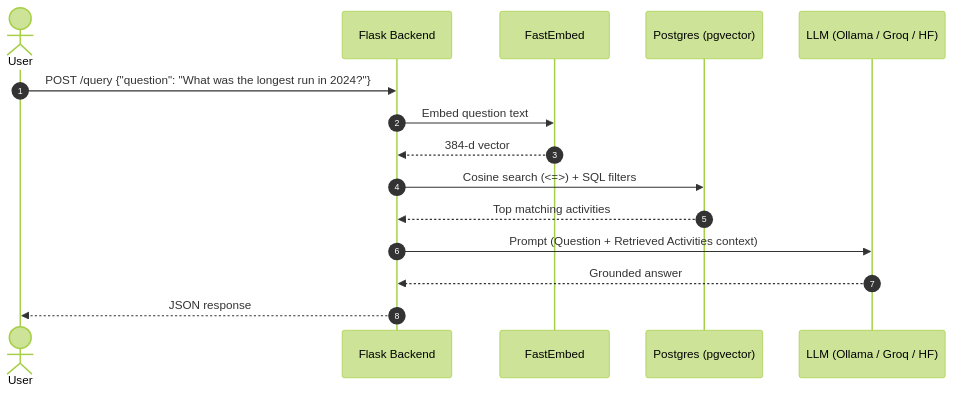
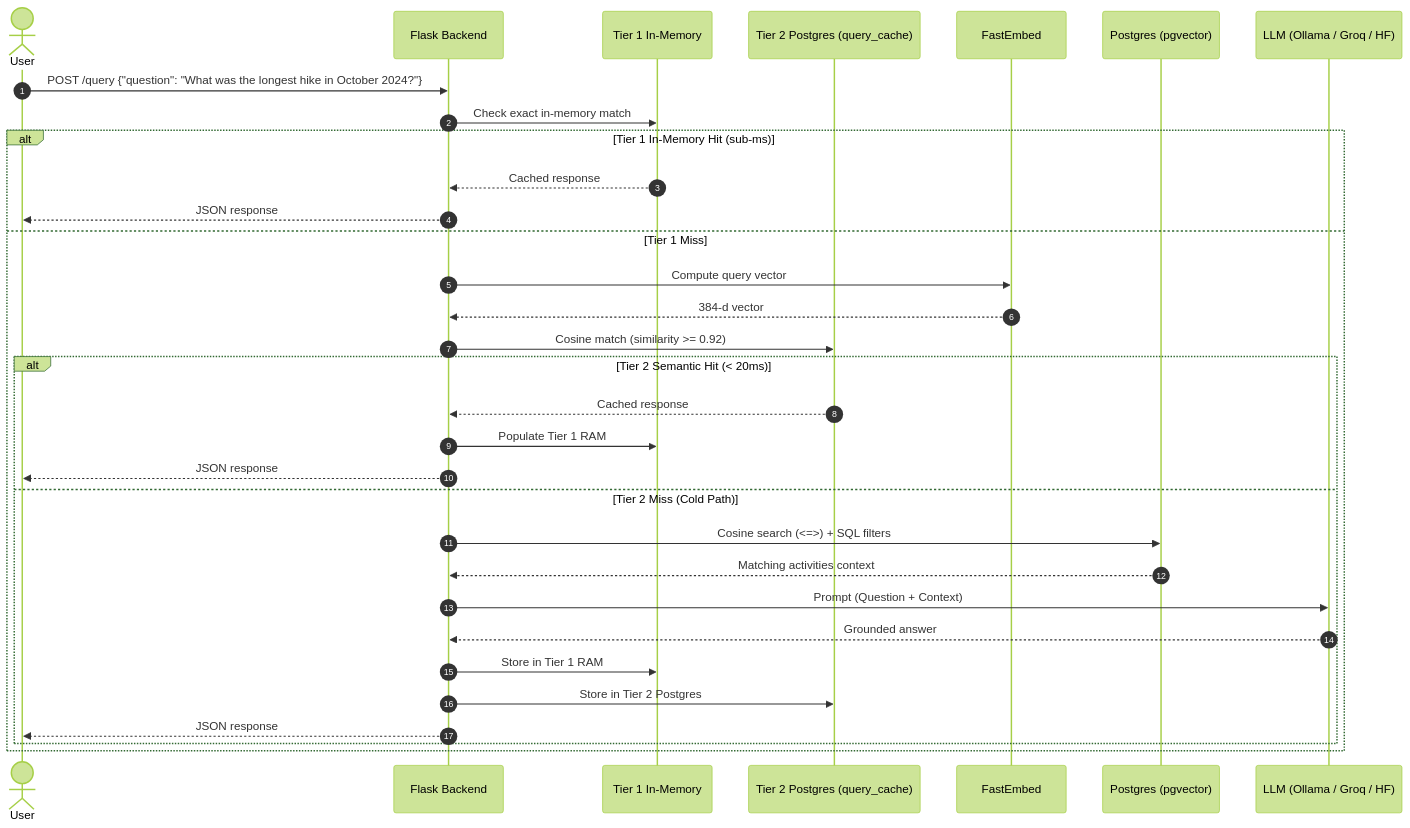
The second of 3 diagrams in readme.md (pugmarx/strava-insights-rag), drawn with Mermaid (forest theme) before and after one commit. The commit also changed other lines of this file and 1 other file, not shown here.

Commit message:
docs: add sequence diagrams for two-tier caching and smart invalidation

````diff
--- a/readme.md
+++ b/readme.md
@@ -50,18 +56,35 @@
 ```mermaid
 sequenceDiagram
     autonumber
     actor User
     participant API as Flask Backend
+    participant Cache as Tier 1 In-Memory
+    participant DBCache as Tier 2 Postgres (query_cache)
     participant Embed as FastEmbed
     participant DB as Postgres (pgvector)
     participant LLM as LLM (Ollama / Groq / HF)
 
-    User->>API: POST /query {"question": "What was the longest run in 2024?"}
-    API->>Embed: Embed question text
-    Embed-->>API: 384-d vector
-    API->>DB: Cosine search (<=>) + SQL filters
-    DB-->>API: Top matching activities
-    API->>LLM: Prompt (Question + Retrieved Activities context)
-    LLM-->>API: Grounded answer
-    API-->>User: JSON response
+    User->>API: POST /query {"question": "What was the longest hike in October 2024?"}
+    API->>Cache: Check exact in-memory match
+    alt Tier 1 In-Memory Hit (sub-ms)
+        Cache-->>API: Cached response
+        API-->>User: JSON response
+    else Tier 1 Miss
+        API->>Embed: Compute query vector
+        Embed-->>API: 384-d vector
+        API->>DBCache: Cosine match (similarity >= 0.92)
+        alt Tier 2 Semantic Hit (< 20ms)
+            DBCache-->>API: Cached response
+            API->>Cache: Populate Tier 1 RAM
+            API-->>User: JSON response
+        else Tier 2 Miss (Cold Path)
+            API->>DB: Cosine search (<=>) + SQL filters
+            DB-->>API: Matching activities context
+            API->>LLM: Prompt (Question + Context)
+            LLM-->>API: Grounded answer
+            API->>Cache: Store in Tier 1 RAM
+            API->>DBCache: Store in Tier 2 Postgres
+            API-->>User: JSON response
+        end
+    end
 ```
````
